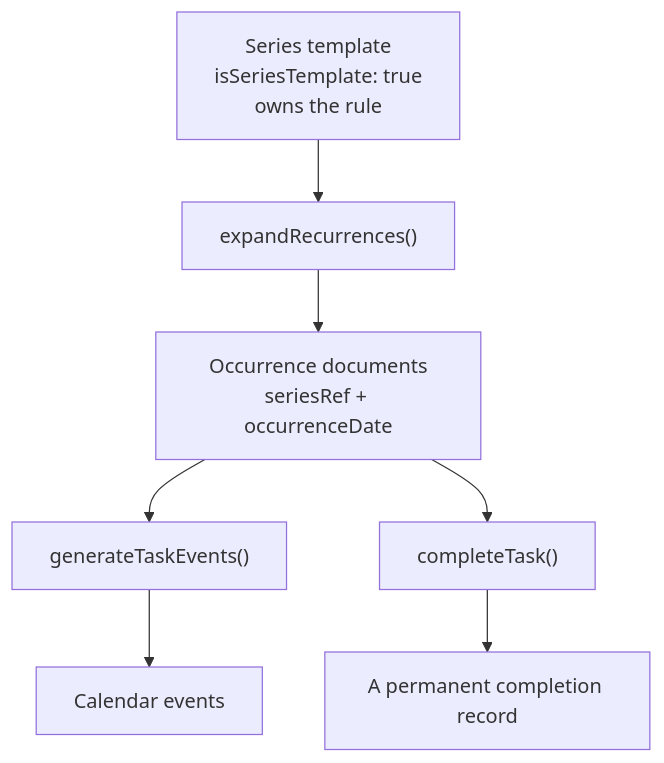
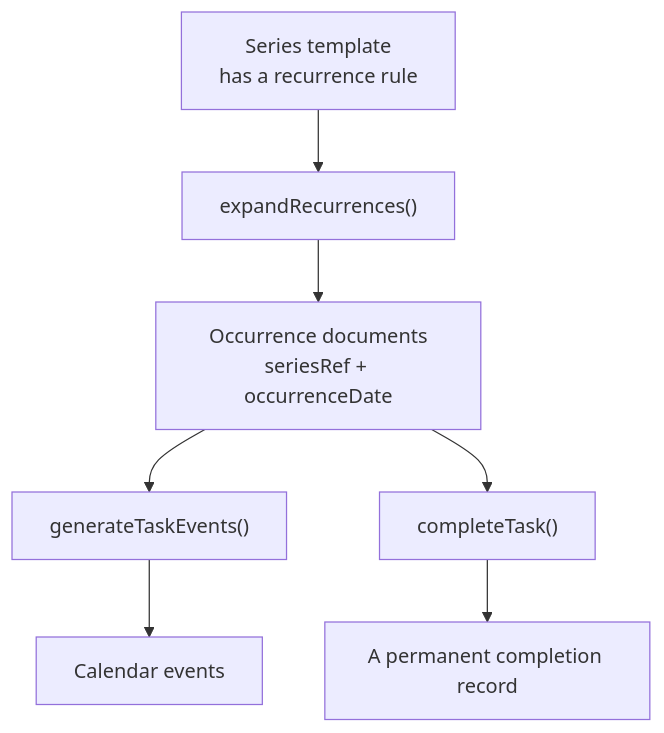
The diagram in docs/RECURRING_TASKS.md (craigloewen-msft/AutoTaskCalendar), drawn with Mermaid before and after one commit. The commit also changed other lines of this file and 12 other files, not shown here.

First line of the commit message:
Drop the isSeriesTemplate flag and trim comments

````diff
--- a/docs/RECURRING_TASKS.md
+++ b/docs/RECURRING_TASKS.md
@@ -11,9 +15,9 @@
 ```mermaid
 flowchart TD
-    A["Series template<br/>isSeriesTemplate: true<br/>owns the rule"] --> B["expandRecurrences()"]
+    A["Series template<br/>has a recurrence rule"] --> B["expandRecurrences()"]
     B --> C["Occurrence documents<br/>seriesRef + occurrenceDate"]
     C --> D["generateTaskEvents()"]
     D --> E["Calendar events"]
     C --> F["completeTask()"]
     F --> G["A permanent completion record"]
 ```
````
